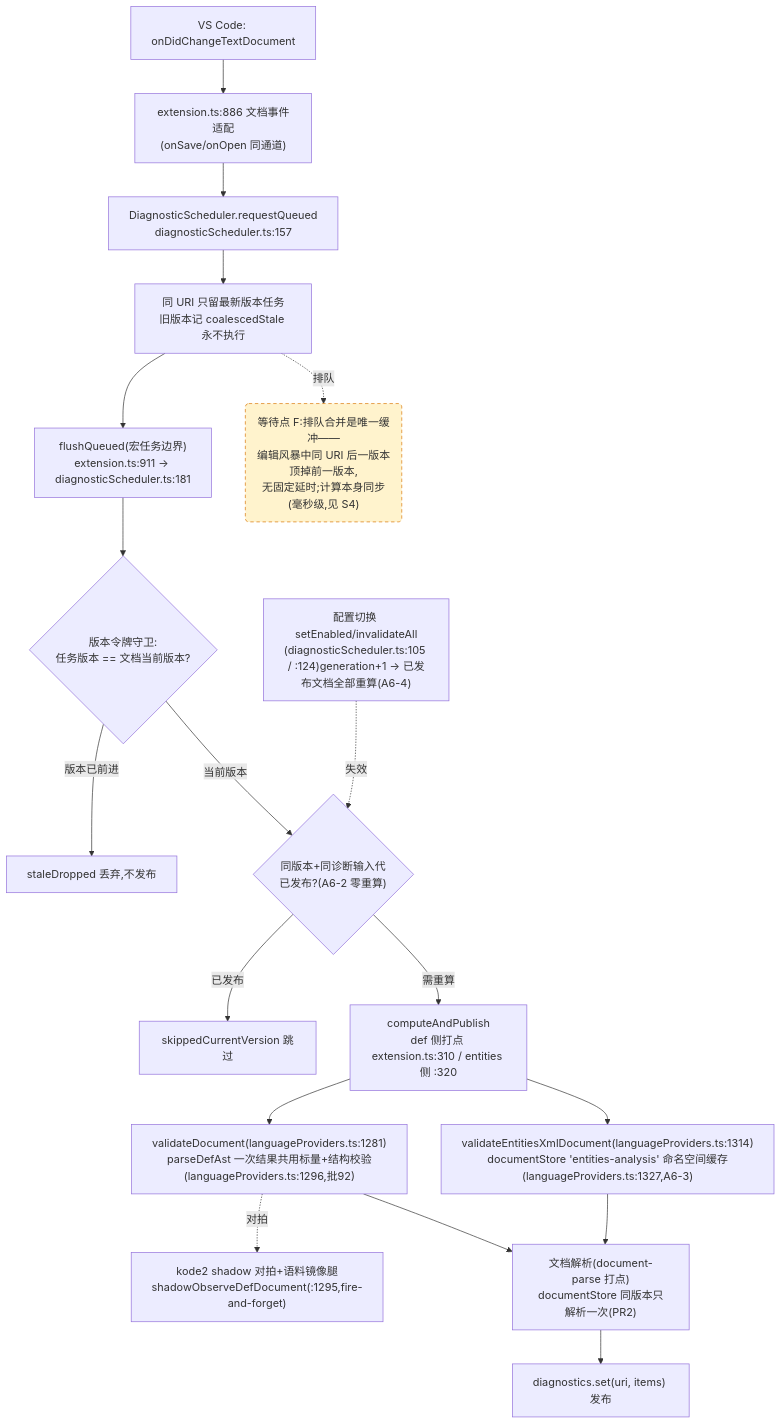
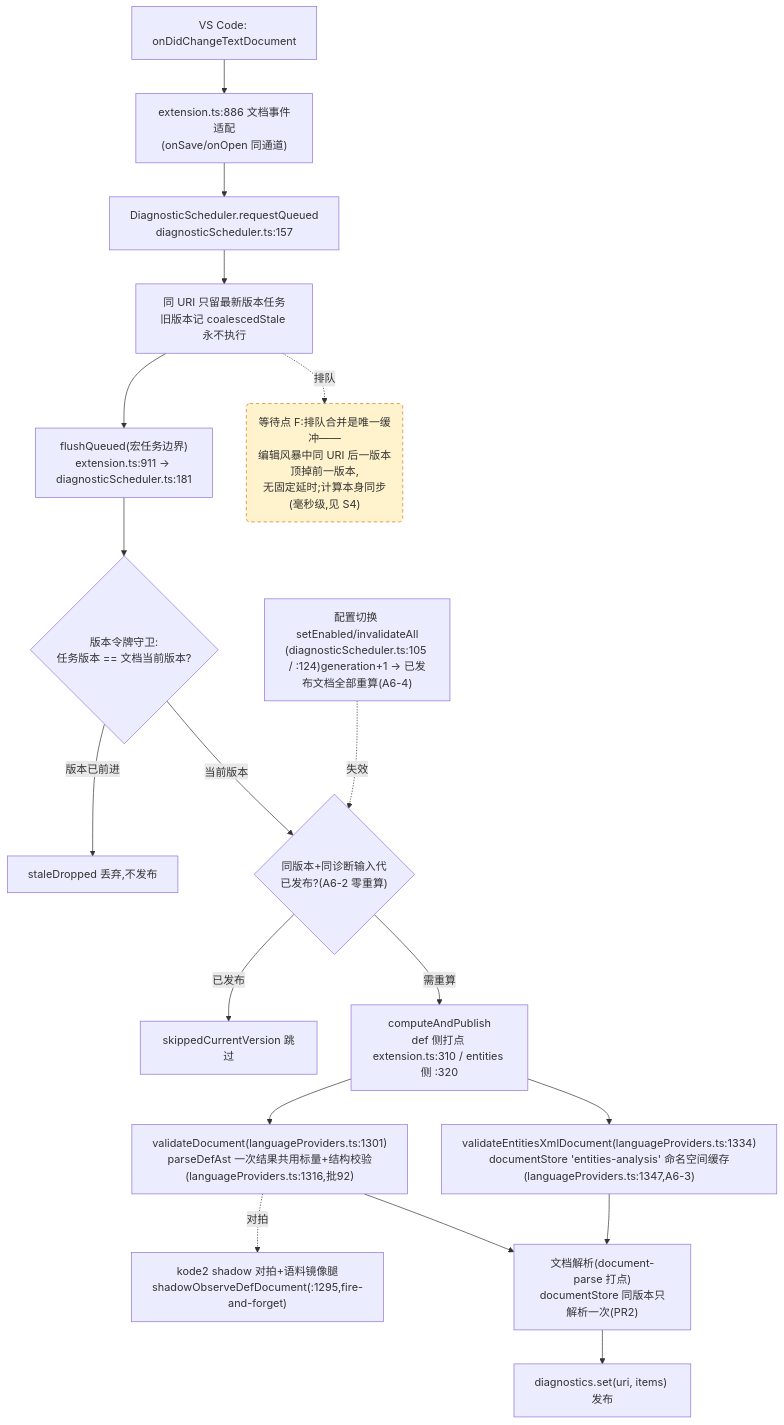
Before and after one commit to cuihairu/kode: the fourth of 4 diagrams in docs/perf/2026-baseline.md, drawn with Mermaid. The commit also changed other lines of this file and 4 other files, not shown here.

````diff
--- a/docs/perf/2026-baseline.md
+++ b/docs/perf/2026-baseline.md
@@ -214,38 +214,38 @@
 ```mermaid
 flowchart TD
   CHG["VS Code: onDidChangeTextDocument"]
   WATCH["extension.ts:886 文档事件适配<br/>(onSave/onOpen 同通道)"]
   RQ["DiagnosticScheduler.requestQueued<br/>diagnosticScheduler.ts:157"]
   CO["同 URI 只留最新版本任务<br/>旧版本记 coalescedStale 永不执行"]
   FL["flushQueued(宏任务边界)<br/>extension.ts:911 → diagnosticScheduler.ts:181"]
   VG{"版本令牌守卫:<br/>任务版本 == 文档当前版本?"}
   DROP["staleDropped 丢弃,不发布"]
   GEN{"同版本+同诊断输入代<br/>已发布?(A6-2 零重算)"}
   SKIP["skippedCurrentVersion 跳过"]
   CALC["computeAndPublish<br/>def 侧打点 extension.ts:310 / entities 侧 :320"]
-  VD["validateDocument(languageProviders.ts:1281)<br/>parseDefAst 一次结果共用标量+结构校验(languageProviders.ts:1296,批92)"]
-  VEX["validateEntitiesXmlDocument(languageProviders.ts:1314)<br/>documentStore 'entities-analysis' 命名空间缓存(languageProviders.ts:1327,A6-3)"]
+  VD["validateDocument(languageProviders.ts:1301)<br/>parseDefAst 一次结果共用标量+结构校验(languageProviders.ts:1316,批92)"]
+  VEX["validateEntitiesXmlDocument(languageProviders.ts:1334)<br/>documentStore 'entities-analysis' 命名空间缓存(languageProviders.ts:1347,A6-3)"]
   SHDD["kode2 shadow 对拍+语料镜像腿<br/>shadowObserveDefDocument(:1295,fire-and-forget)"]
   DS["文档解析(document-parse 打点)<br/>documentStore 同版本只解析一次(PR2)"]
   PUB["diagnostics.set(uri, items) 发布"]
   CFG2["配置切换 setEnabled/invalidateAll<br/>(diagnosticScheduler.ts:105 / :124)generation+1 → 已发布文档全部重算(A6-4)"]
 
   CHG --> WATCH --> RQ --> CO --> FL --> VG
   VG -- "版本已前进" --> DROP
   VG -- "当前版本" --> GEN
   GEN -- "已发布" --> SKIP
   GEN -- "需重算" --> CALC
   CALC --> VD
   CALC --> VEX
   VD --> DS
   VEX --> DS
   DS --> PUB
   VD -.->|对拍| SHDD
   CFG2 -.->|失效| GEN
 
   WAITF("等待点 F:排队合并是唯一缓冲——<br/>编辑风暴中同 URI 后一版本顶掉前一版本,<br/>无固定延时;计算本身同步(毫秒级,见 S4)")
   CO -.->|排队| WAITF
 
   classDef waitPoint fill:#fff3cd,stroke:#d97706,stroke-dasharray:5 4;
   class WAITF waitPoint;
 ```
````
